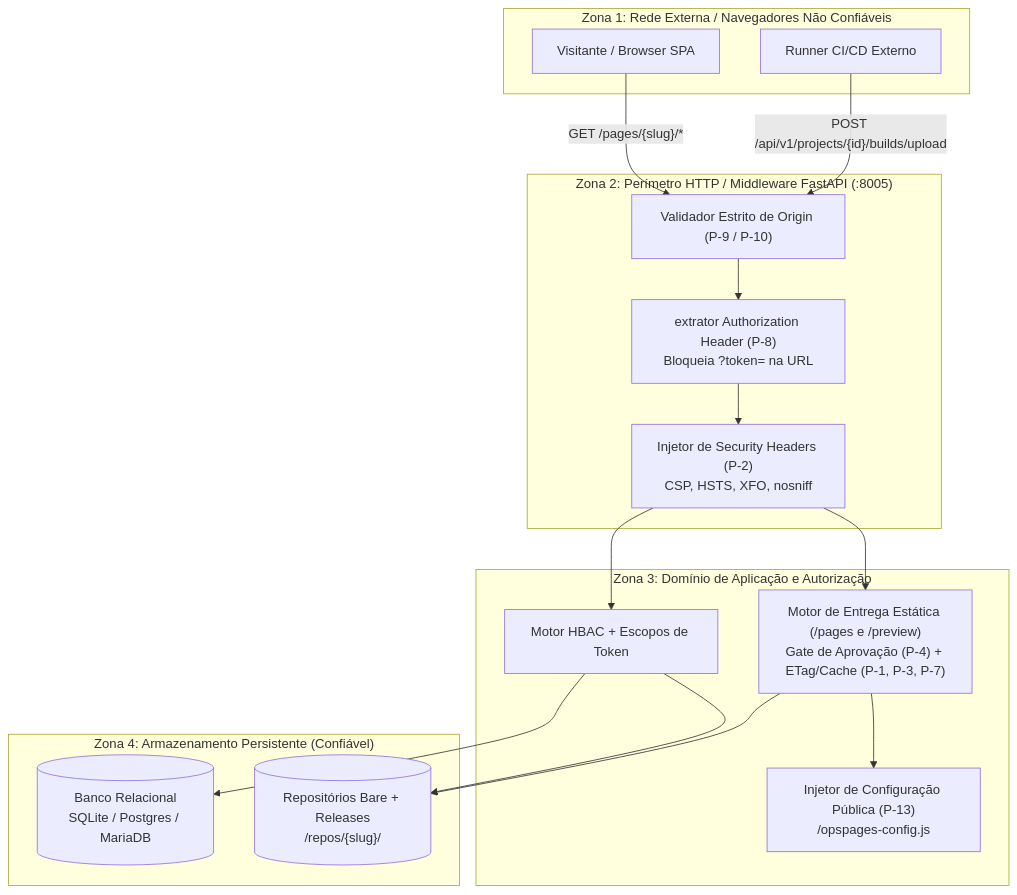
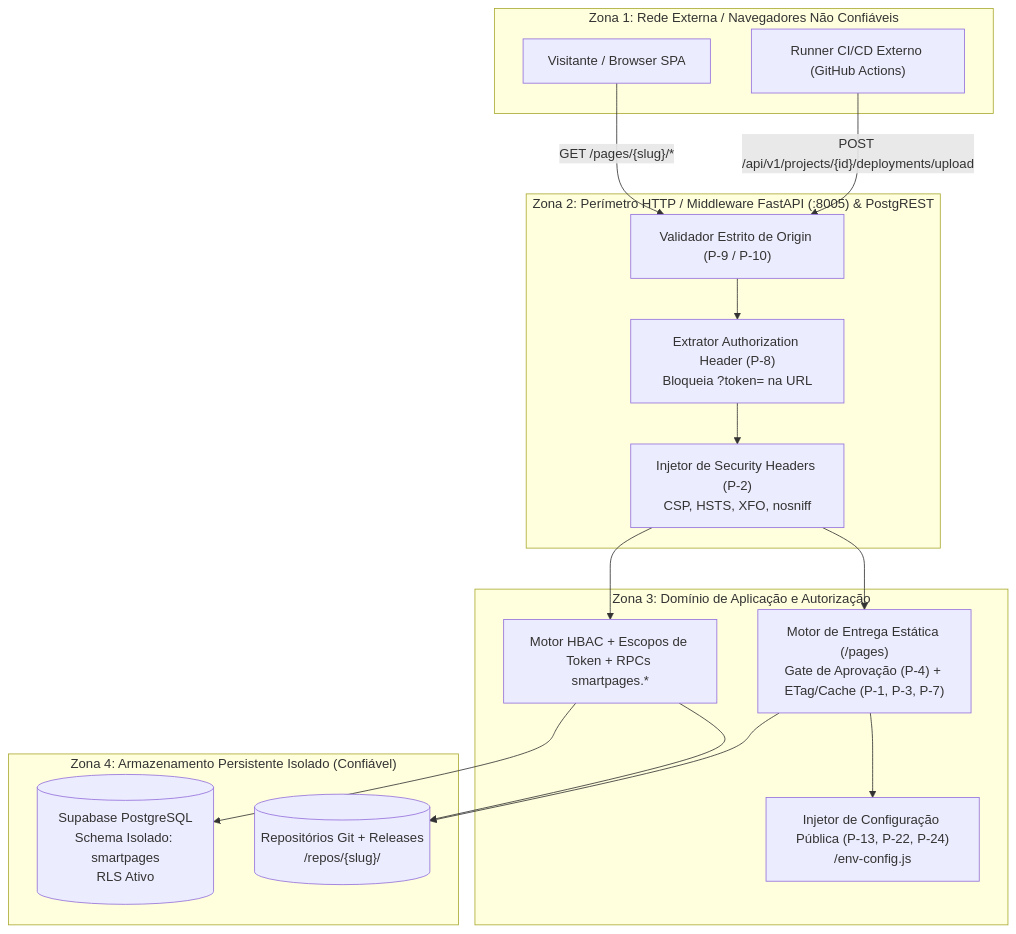
The diagram in docs/security/trust-boundaries.md (pycriador/olivelas-smartpages), drawn with Mermaid before and after one commit. The commit also changed other lines of this file and 23 other files, not shown here.

Commit message:
docs: update README and full AI-Ready documentation to Olivelas SmartPages, Supabase smartpages schema and ADR-0004

````diff
--- a/docs/security/trust-boundaries.md
+++ b/docs/security/trust-boundaries.md
@@ -19,35 +19,35 @@
 ```mermaid
 flowchart TB
     subgraph TB1["Zona 1: Rede Externa / Navegadores Não Confiáveis"]
         Visitor["Visitante / Browser SPA"]
-        CI["Runner CI/CD Externo"]
+        CI["Runner CI/CD Externo (GitHub Actions)"]
     end
 
-    subgraph TB2["Zona 2: Perímetro HTTP / Middleware FastAPI (:8005)"]
+    subgraph TB2["Zona 2: Perímetro HTTP / Middleware FastAPI (:8005) & PostgREST"]
         CORSMW["Validador Estrito de Origin (P-9 / P-10)"]
-        AuthDep[" extrator Authorization Header (P-8)\nBloqueia ?token= na URL"]
+        AuthDep["Extrator Authorization Header (P-8)\nBloqueia ?token= na URL"]
         SecHeaders["Injetor de Security Headers (P-2)\nCSP, HSTS, XFO, nosniff"]
     end
 
     subgraph TB3["Zona 3: Domínio de Aplicação e Autorização"]
-        HBACEngine["Motor HBAC + Escopos de Token"]
-        PagesEngine["Motor de Entrega Estática (/pages e /preview)\nGate de Aprovação (P-4) + ETag/Cache (P-1, P-3, P-7)"]
-        ConfigEngine["Injetor de Configuração Pública (P-13)\n/opspages-config.js"]
+        HBACEngine["Motor HBAC + Escopos de Token + RPCs smartpages.*"]
+        PagesEngine["Motor de Entrega Estática (/pages)\nGate de Aprovação (P-4) + ETag/Cache (P-1, P-3, P-7)"]
+        ConfigEngine["Injetor de Configuração Pública (P-13, P-22, P-24)\n/env-config.js"]
     end
 
-    subgraph TB4["Zona 4: Armazenamento Persistente (Confiável)"]
-        DB[("Banco Relacional\nSQLite / Postgres / MariaDB")]
-        GitFS[("Repositórios Bare + Releases\n/repos/{slug}/")]
+    subgraph TB4["Zona 4: Armazenamento Persistente Isolado (Confiável)"]
+        DB[("Supabase PostgreSQL\nSchema Isolado: smartpages\nRLS Ativo")]
+        GitFS[("Repositórios Git + Releases\n/repos/{slug}/")]
     end
 
     Visitor -->|"GET /pages/{slug}/*"| CORSMW
-    CI -->|"POST /api/v1/projects/{id}/builds/upload"| CORSMW
+    CI -->|"POST /api/v1/projects/{id}/deployments/upload"| CORSMW
     CORSMW --> AuthDep
     AuthDep --> SecHeaders
     SecHeaders --> HBACEngine
     SecHeaders --> PagesEngine
     PagesEngine --> ConfigEngine
     HBACEngine --> DB
     HBACEngine --> GitFS
     PagesEngine --> GitFS
 ```
````
